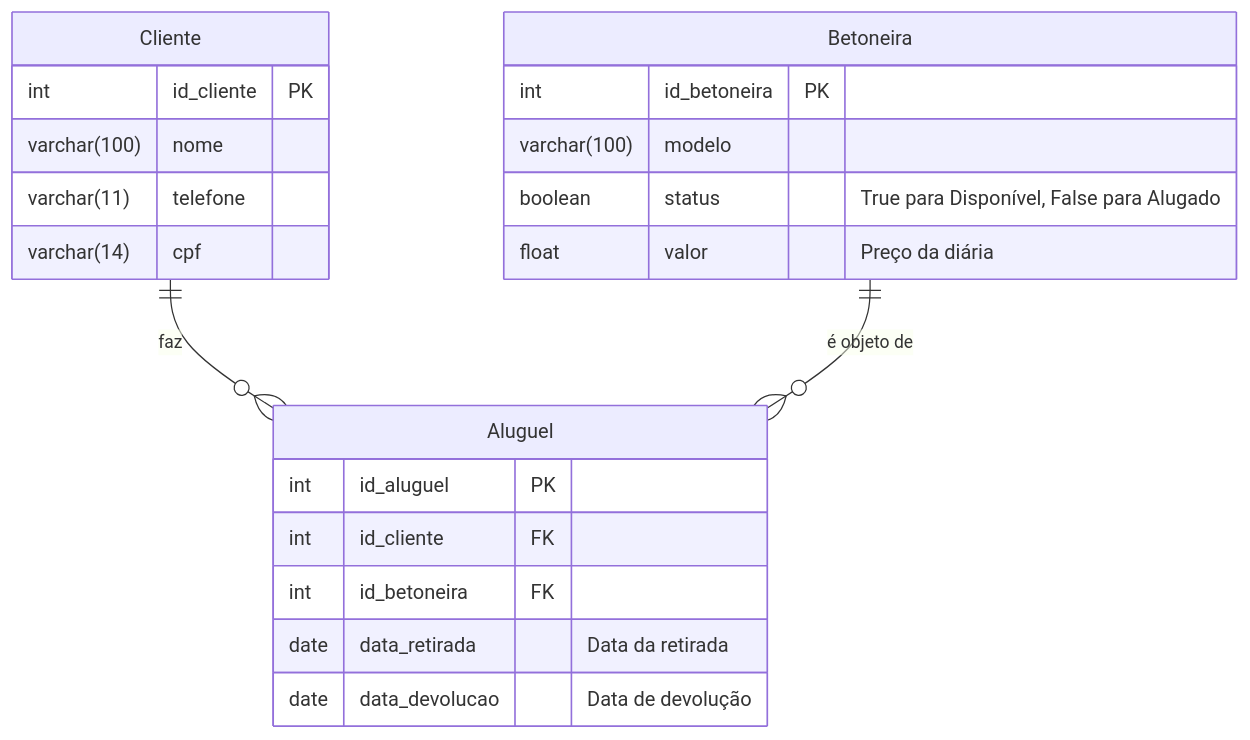
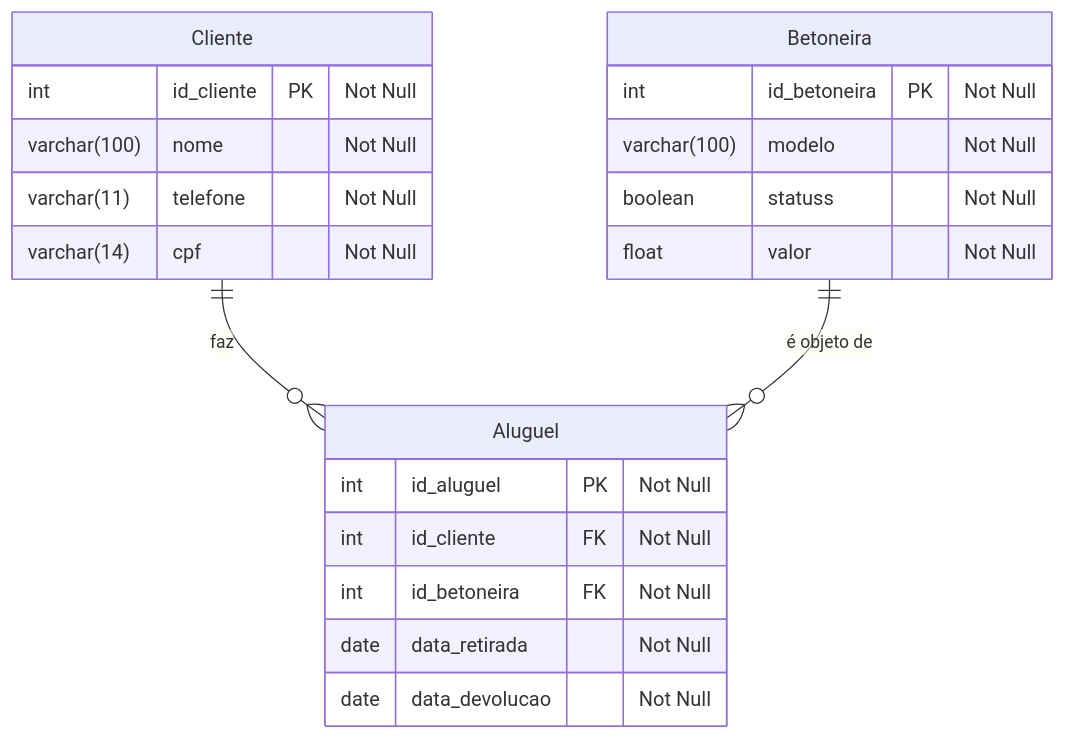
One commit to VVagner2077/trabalho_BD changed the diagram in diagrams/diagrama.mmd. Above: the diagram before and after it, drawn with Mermaid. The commit also changed 1 other file, not shown here.

Commit message:
Modificado nome e variaves no Mermaid(diagrama.mmd) e SQL(banco_dados.sql).

```diff
--- a/diagrams/diagrama.mmd
+++ b/diagrams/diagrama.mmd
@@ -1,25 +1,25 @@
 erDiagram
     Cliente {
-        int id_cliente PK
-        varchar(100) nome
-        varchar(11) telefone
-        varchar(14) cpf
+        int id_cliente PK "Not Null"
+        varchar(100) nome "Not Null"
+        varchar(11) telefone "Not Null"
+        varchar(14) cpf "Not Null"
     }
 
     Betoneira {
-        int id_betoneira PK
-        varchar(100) modelo
-        boolean status "True para Disponível, False para Alugado"
-        float valor "Preço da diária"
+        int id_betoneira PK "Not Null"
+        varchar(100) modelo  "Not Null"
+        boolean statuss   "Not Null"
+        float valor   "Not Null"
     }
 
     Aluguel{
-        int id_aluguel PK
-        int id_cliente FK
-        int id_betoneira FK
-        date data_retirada "Data da retirada"
-        date data_devolucao "Data de devolução"
+        int id_aluguel PK "Not Null"
+        int id_cliente FK "Not Null"
+        int id_betoneira FK "Not Null"
+        date data_retirada "Not Null"
+        date data_devolucao "Not Null"
     }
 
     Cliente ||--o{ Aluguel : "faz"
     Betoneira ||--o{ Aluguel : "é objeto de"
```
